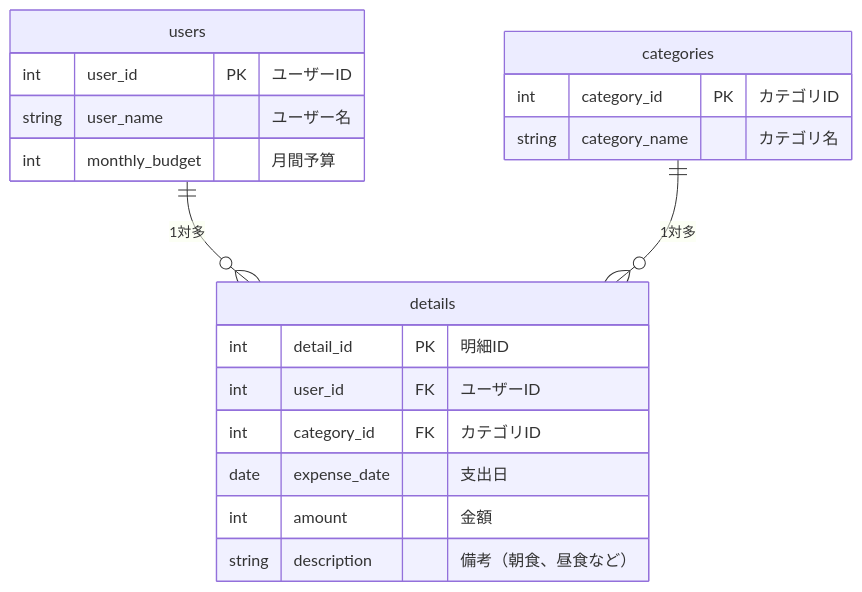
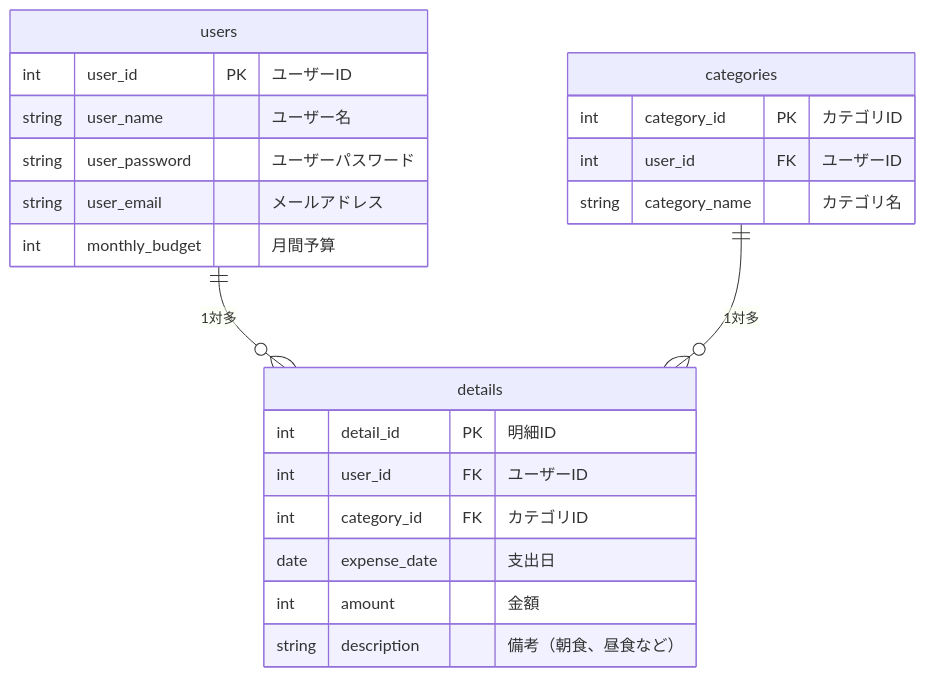
Before and after one commit to youegawa/youegawa-web-app: the diagram in README.md, drawn with Mermaid. The commit also changed other lines of this file and 4 other files, not shown here.

````diff
--- a/README.md
+++ b/README.md
@@ -204,23 +204,26 @@
 ```mermaid
 erDiagram
     users ||--o{ details : "1対多"
     categories ||--o{ details : "1対多"
 
     users {
         int user_id PK "ユーザーID"
         string user_name "ユーザー名"
+        string user_password "ユーザーパスワード"
+        string user_email "メールアドレス"
         int monthly_budget "月間予算"
     }
     categories {
         int category_id PK "カテゴリID"
+        int user_id FK "ユーザーID"　　　　
         string category_name "カテゴリ名"
     }
     details {
         int detail_id PK "明細ID"
         int user_id FK "ユーザーID"
         int category_id FK "カテゴリID"
         date expense_date "支出日"
         int amount "金額"
         string description "備考（朝食、昼食など）"
     }
-```    
+```
````
